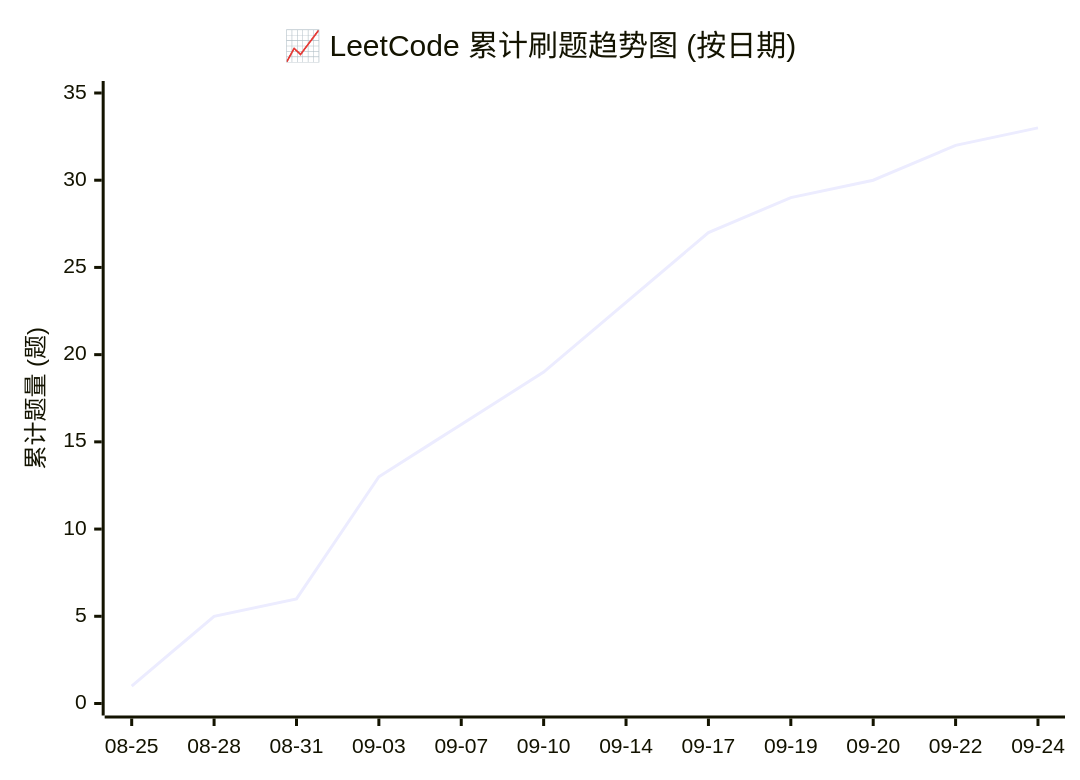
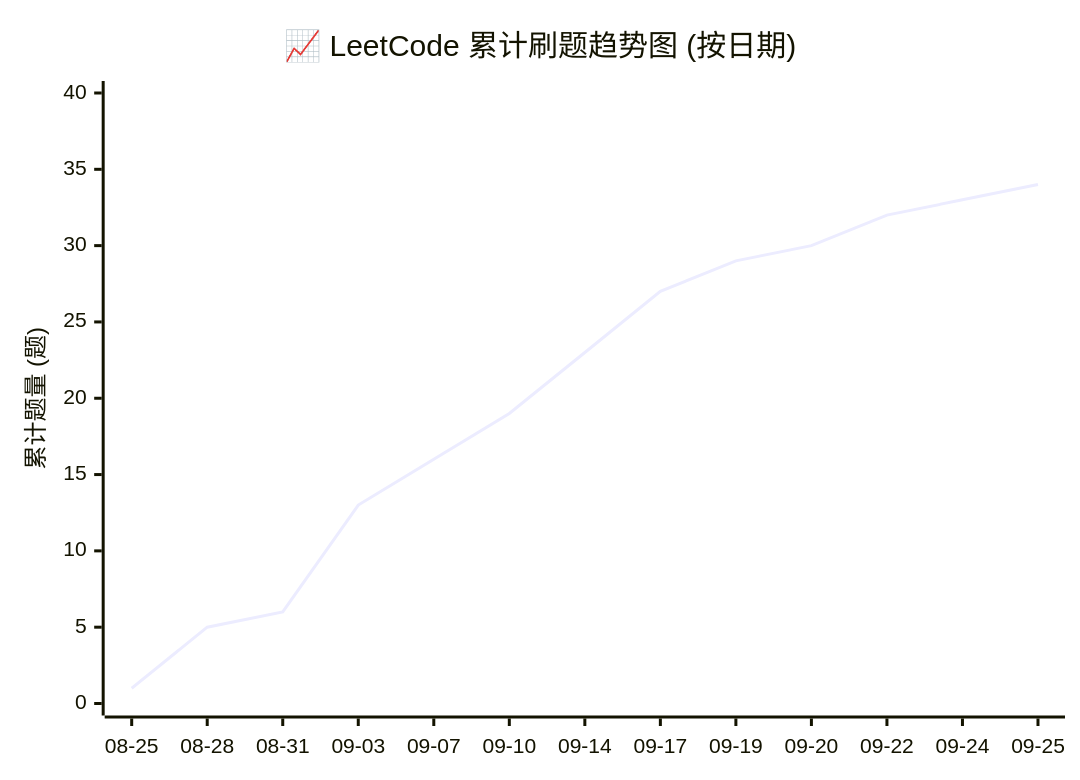
Before and after one commit to hexinbyte/LeetCode-Journey: the diagram in README.md, drawn with Mermaid. The commit also changed other lines of this file and 2 other files, not shown here.

Commit message:
新增数组中的第K个最大元素题目解决方案

````diff
--- a/README.md
+++ b/README.md
@@ -16,7 +16,7 @@
 ```mermaid
 xychart-beta
     title "📈 LeetCode 累计刷题趋势图 (按日期)"
-    x-axis ["08-25", "08-28", "08-31", "09-03", "09-07", "09-10", "09-14", "09-17", "09-19", "09-20", "09-22", "09-24"]
-    y-axis "累计题量 (题)" 0 --> 35
-    line [1, 5, 6, 13, 16, 19, 23, 27, 29, 30, 32, 33]
+    x-axis ["08-25", "08-28", "08-31", "09-03", "09-07", "09-10", "09-14", "09-17", "09-19", "09-20", "09-22", "09-24", "09-25"]
+    y-axis "累计题量 (题)" 0 --> 40
+    line [1, 5, 6, 13, 16, 19, 23, 27, 29, 30, 32, 33, 34]
 ```
````
